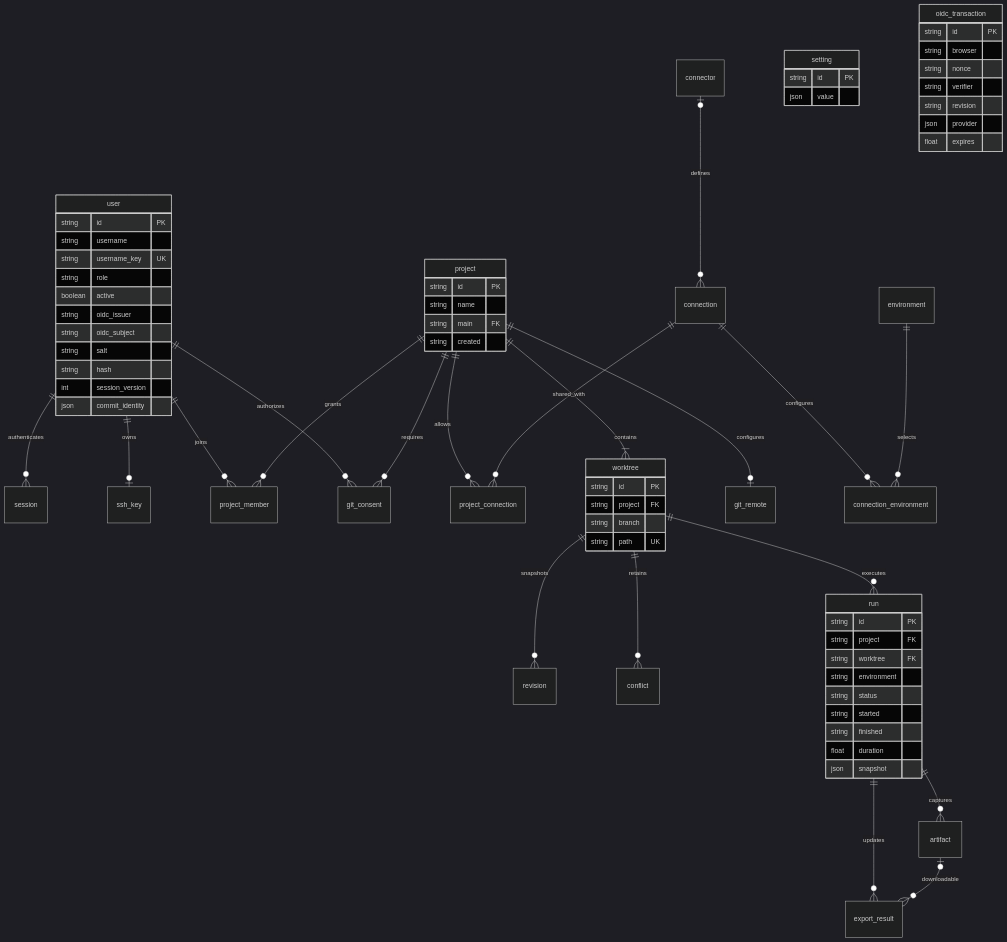
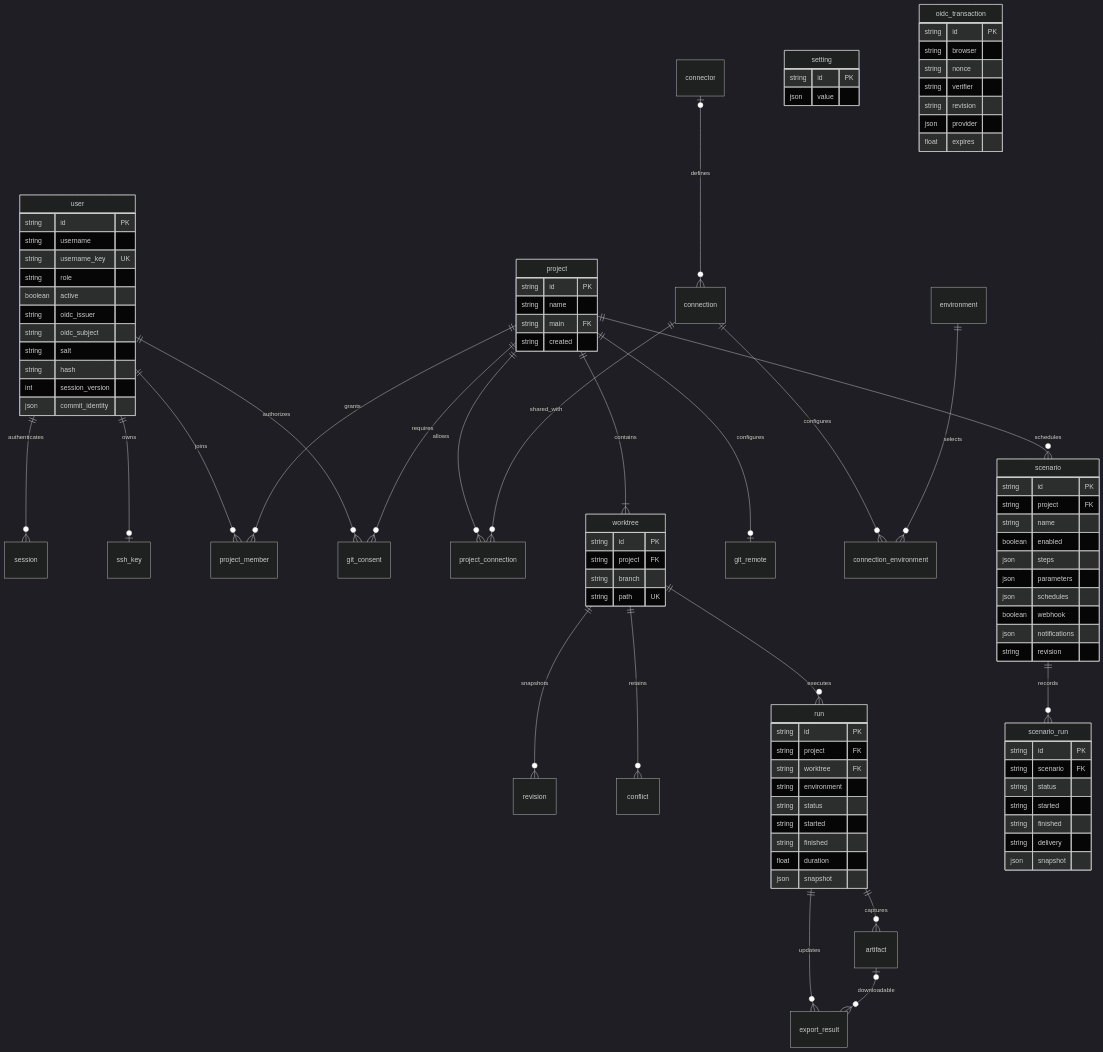
The diagram in docs/PERSISTENCE.md (hugues31/duckpad), drawn with Mermaid (dark theme) before and after one commit. The commit also changed other lines of this file and 12 other files, not shown here.

Commit message:
docs(scenarios): document scenarios, schedules, webhooks and notifications

```diff
--- a/docs/PERSISTENCE.md
+++ b/docs/PERSISTENCE.md
@@ -49,6 +58,8 @@
     worktree ||--o{ revision : snapshots
     worktree ||--o{ conflict : retains
     worktree ||--o{ run : executes
+    project ||--o{ scenario : schedules
+    scenario ||--o{ scenario_run : records
     run ||--o{ artifact : captures
     run ||--o{ export_result : updates
     artifact |o--o{ export_result : downloadable
@@ -89,6 +100,27 @@
         float duration
         json snapshot
     }
+    scenario {
+        string id PK
+        string project FK
+        string name
+        boolean enabled
+        json steps
+        json parameters
+        json schedules
+        boolean webhook
+        json notifications
+        string revision
+    }
+    scenario_run {
+        string id PK
+        string scenario FK
+        string status
+        string started
+        string finished
+        string delivery
+        json snapshot
+    }
     setting {
         string id PK
         json value
```
